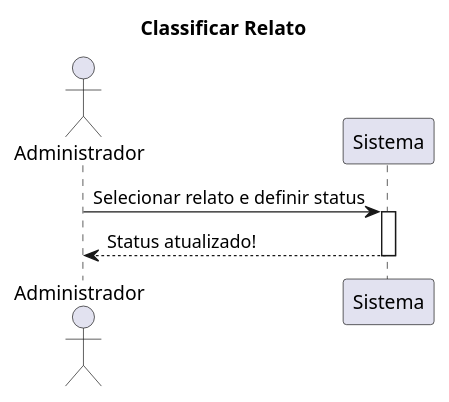
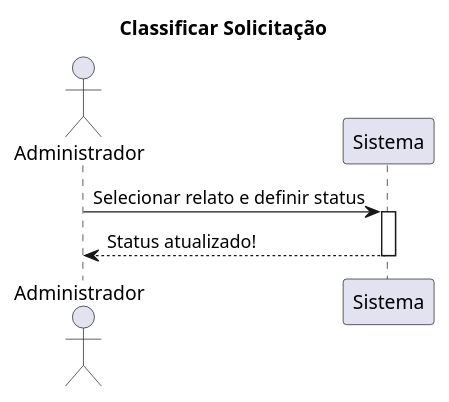
The third of 4 diagrams in SequenceDiagram.md (RenataArdito/Alerta-ADS), drawn with PlantUML before and after one commit. The commit also changed other lines of this file, not shown here.

````diff
--- a/SequenceDiagram.md
+++ b/SequenceDiagram.md
@@ -43,16 +40,16 @@
 ```plantuml
 @startuml
 
-title Classificar Relato
+title Classificar Solicitação
 
 actor "Administrador" as admin
 participant "Sistema" as sis
 
 admin -> sis: Selecionar relato e definir status
 activate sis
 
 sis --> admin: Status atualizado!
 deactivate sis
 
 @enduml
 ```
````
